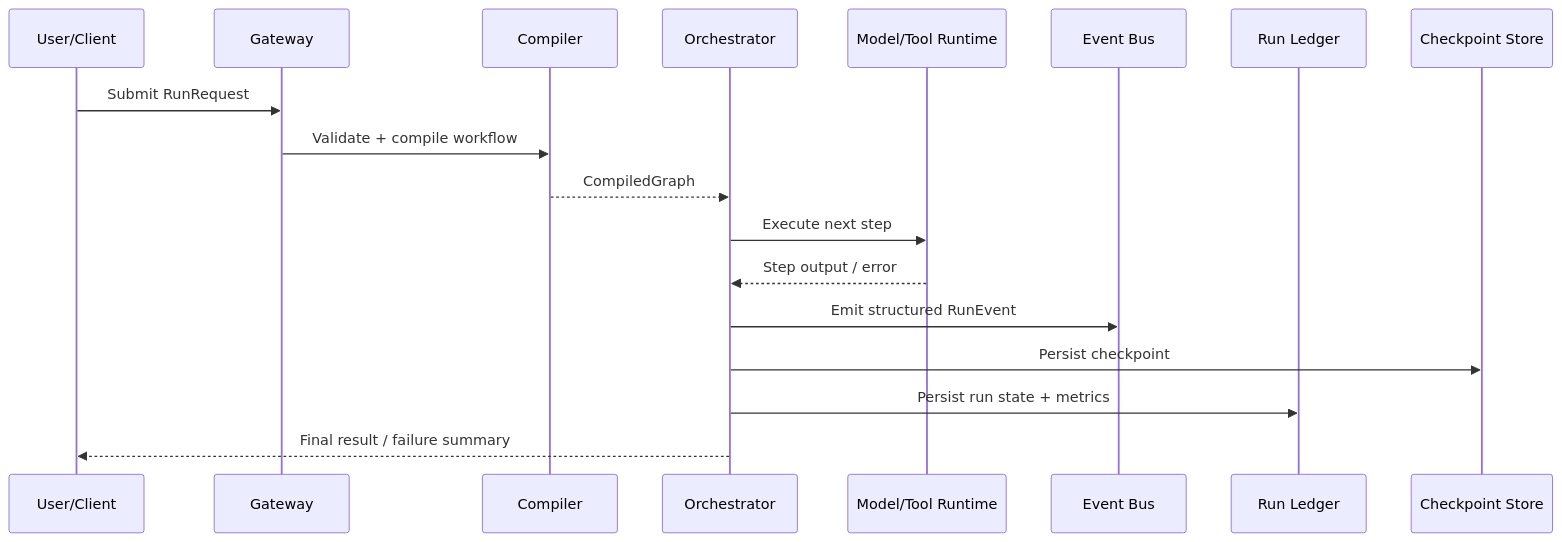
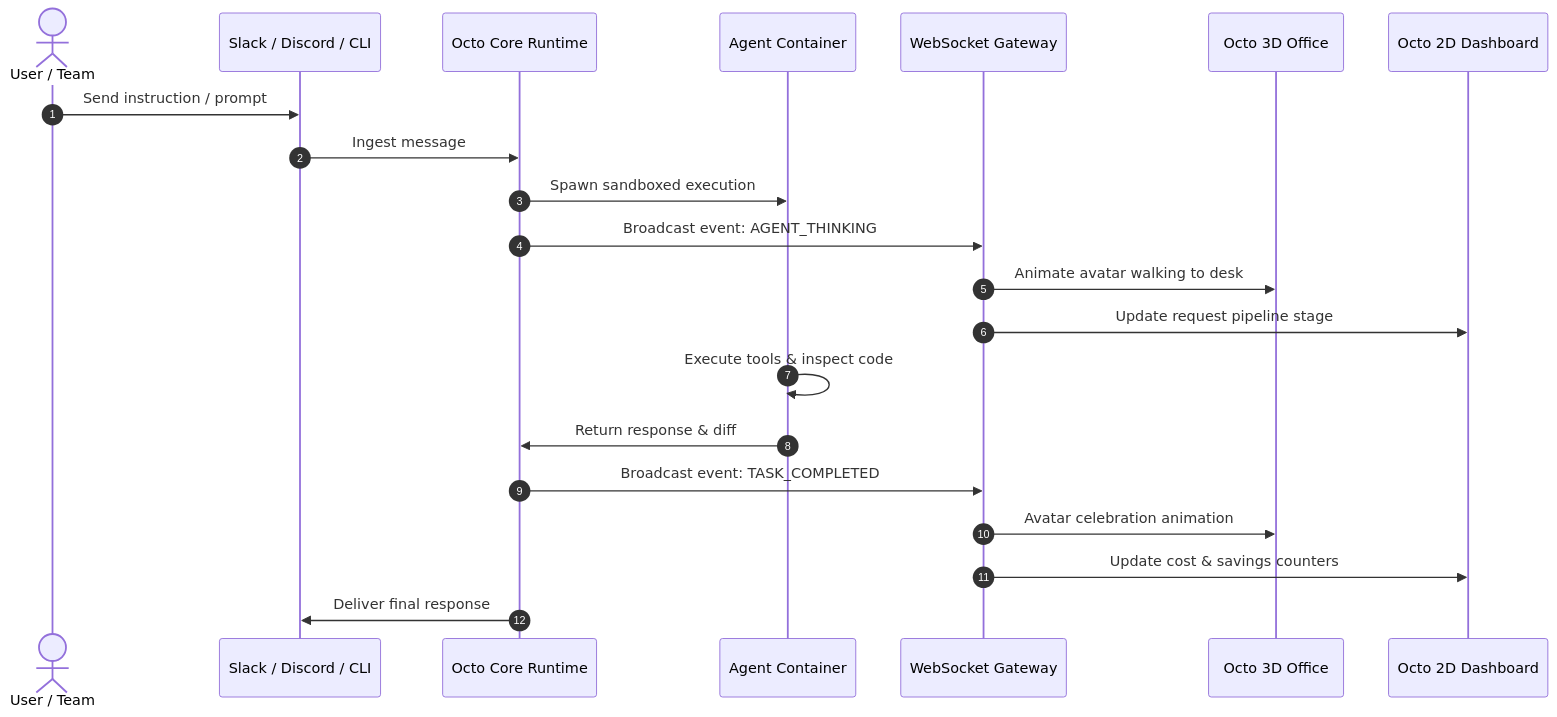
Before and after one commit to Aravindh-dev12/octic-Agent: the second of 2 diagrams in ARCHITECTURE.md, drawn with Mermaid. The commit also changed other lines of this file and 2810 other files, not shown here.

Commit message:
feat: transform octic-Agent into Octo Agent — unified 3D virtual office, containerized workforce engine, and 2D isometric dashboard with 3D octopus mascot

````diff
--- a/ARCHITECTURE.md
+++ b/ARCHITECTURE.md
@@ -490,21 +90,24 @@
 ```mermaid
 sequenceDiagram
-  participant U as User/Client
-  participant G as Gateway
-  participant C as Compiler
-  participant O as Orchestrator
-  participant R as Model/Tool Runtime
-  participant E as Event Bus
-  participant L as Run Ledger
-  participant K as Checkpoint Store
+    autonumber
+    actor User as User / Team
+    participant Channel as Slack / Discord / CLI
+    participant Core as Octo Core Runtime
+    participant Container as Agent Container
+    participant Gateway as WebSocket Gateway
+    participant Office3D as Octo 3D Office
+    participant Office2D as Octo 2D Dashboard
 
-  U->>G: Submit RunRequest
-  G->>C: Validate + compile workflow
-  C-->>O: CompiledGraph
-  O->>R: Execute next step
-  R-->>O: Step output / error
-  O->>E: Emit structured RunEvent
-  O->>K: Persist checkpoint
-  O->>L: Persist run state + metrics
-  O-->>U: Final result / failure summary
+    User->>Channel: Send instruction / prompt
+    Channel->>Core: Ingest message
+    Core->>Container: Spawn sandboxed execution
+    Core->>Gateway: Broadcast event: AGENT_THINKING
+    Gateway->>Office3D: Animate avatar walking to desk
+    Gateway->>Office2D: Update request pipeline stage
+    Container->>Container: Execute tools & inspect code
+    Container->>Core: Return response & diff
+    Core->>Gateway: Broadcast event: TASK_COMPLETED
+    Gateway->>Office3D: Avatar celebration animation
+    Gateway->>Office2D: Update cost & savings counters
+    Core->>Channel: Deliver final response
 ```
````
